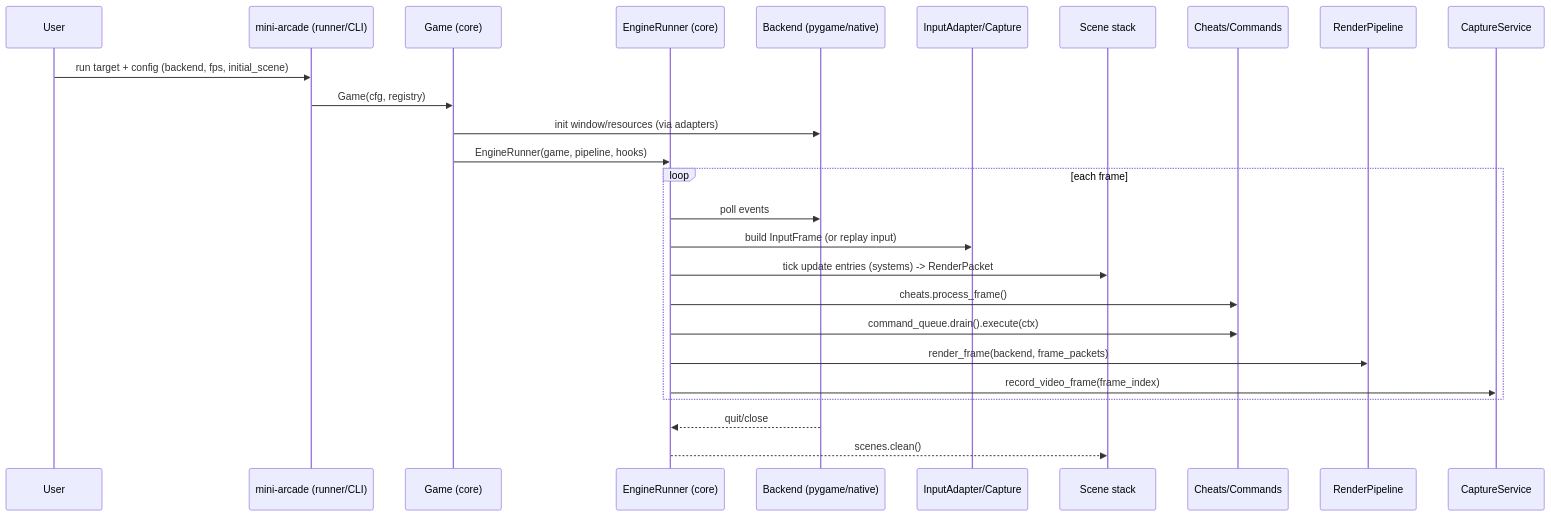
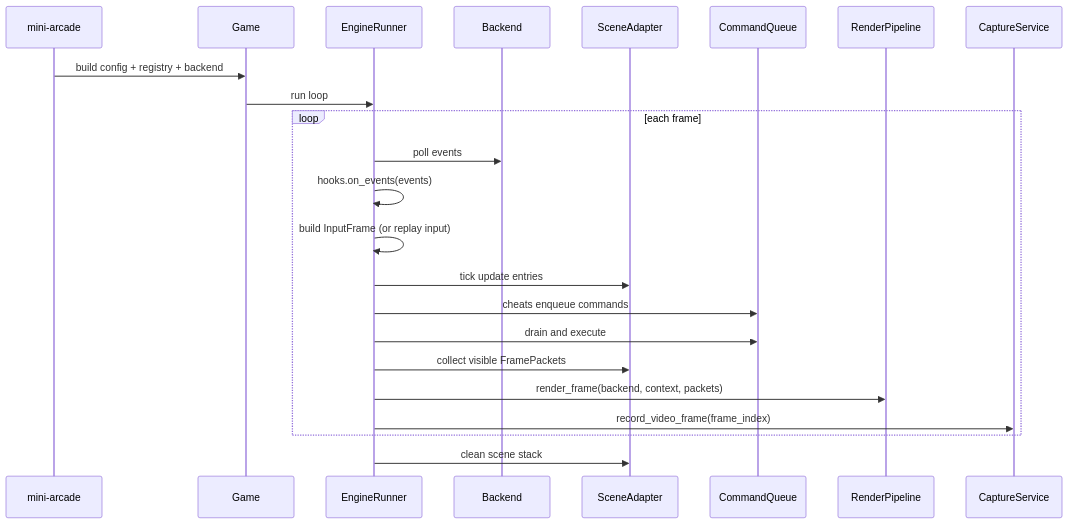
Before and after one commit to trivox-io/mini-arcade: the second of 2 diagrams in docs/source/concepts/architecture.md, drawn with Mermaid. The commit also changed other lines of this file and 22 other files, not shown here.

````diff
--- a/docs/source/concepts/architecture.md
+++ b/docs/source/concepts/architecture.md
@@ -94,29 +137,28 @@
-```{mermaid} id="bjuaqa"
+```{mermaid}
 sequenceDiagram
-  participant U as User
-  participant CLI as mini-arcade (runner/CLI)
-  participant G as Game (core)
-  participant ER as EngineRunner (core)
-  participant BK as Backend (pygame/native)
-  participant IN as InputAdapter/Capture
-  participant SC as Scene stack
-  participant CM as Cheats/Commands
+  participant CLI as mini-arcade
+  participant G as Game
+  participant ER as EngineRunner
+  participant BK as Backend
+  participant SC as SceneAdapter
+  participant CQ as CommandQueue
   participant RP as RenderPipeline
   participant CP as CaptureService
 
-  U->>CLI: run target + config (backend, fps, initial_scene)
-  CLI->>G: Game(cfg, registry)
-  G->>BK: init window/resources (via adapters)
-  G->>ER: EngineRunner(game, pipeline, hooks)
+  CLI->>G: build config + registry + backend
+  G->>ER: run loop
+
   loop each frame
     ER->>BK: poll events
-    ER->>IN: build InputFrame (or replay input)
-    ER->>SC: tick update entries (systems) -> RenderPacket
-    ER->>CM: cheats.process_frame()
-    ER->>CM: command_queue.drain().execute(ctx)
-    ER->>RP: render_frame(backend, frame_packets)
+    ER->>ER: hooks.on_events(events)
+    ER->>ER: build InputFrame (or replay input)
+    ER->>SC: tick update entries
+    ER->>CQ: cheats enqueue commands
+    ER->>CQ: drain and execute
+    ER->>SC: collect visible FramePackets
+    ER->>RP: render_frame(backend, context, packets)
     ER->>CP: record_video_frame(frame_index)
   end
-  BK-->>ER: quit/close
-  ER-->>SC: scenes.clean()
+
+  ER->>SC: clean scene stack
 ```
````
